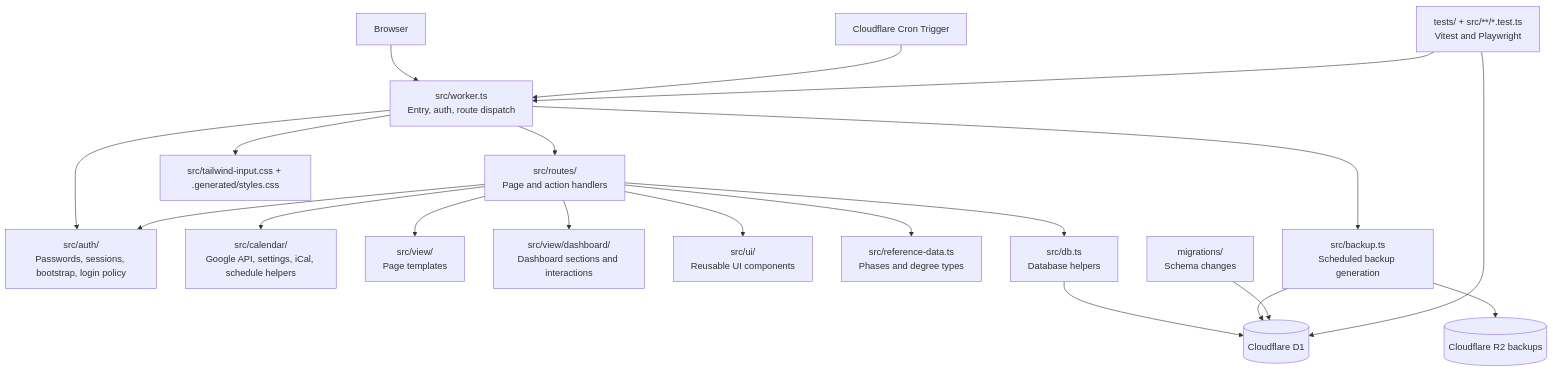
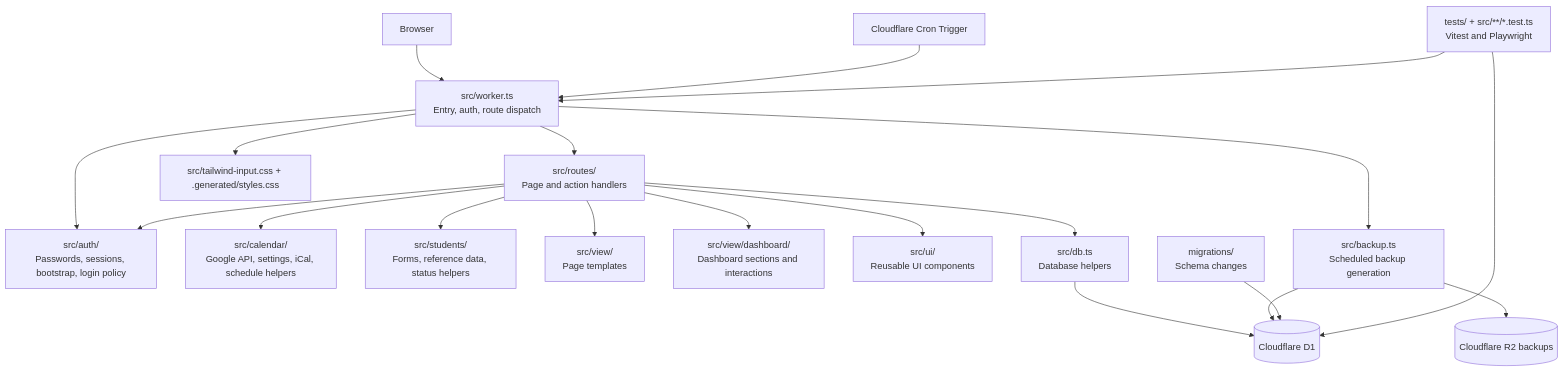
Before and after one commit to bebraw/thesis-journey-tracker: the diagram in docs/project-structure.md, drawn with Mermaid. The commit also changed other lines of this file and 16 other files, not shown here.

````diff
--- a/docs/project-structure.md
+++ b/docs/project-structure.md
@@ -34,40 +34,40 @@
 ```mermaid
 graph TD
     Browser[Browser]
     Worker[src/worker.ts<br/>Entry, auth, route dispatch]
     Routes[src/routes/<br/>Page and action handlers]
     Auth[src/auth/<br/>Passwords, sessions, bootstrap, login policy]
     Calendar[src/calendar/<br/>Google API, settings, iCal, schedule helpers]
+    Students[src/students/<br/>Forms, reference data, status helpers]
     Views[src/view/<br/>Page templates]
     Dashboard[src/view/dashboard/<br/>Dashboard sections and interactions]
     UI[src/ui/<br/>Reusable UI components]
-    Reference[src/reference-data.ts<br/>Phases and degree types]
     DB[src/db.ts<br/>Database helpers]
     Backup[src/backup.ts<br/>Scheduled backup generation]
     D1[(Cloudflare D1)]
     R2[(Cloudflare R2 backups)]
     Migrations[migrations/<br/>Schema changes]
     Tests[tests/ + src/**/*.test.ts<br/>Vitest and Playwright]
     CSS[src/tailwind-input.css + .generated/styles.css]
     Cron[Cloudflare Cron Trigger]
 
     Browser --> Worker
     Worker --> Routes
     Worker --> Auth
     Routes --> Views
     Routes --> Dashboard
     Routes --> UI
-    Routes --> Reference
     Routes --> DB
     Routes --> Auth
     Routes --> Calendar
+    Routes --> Students
     Worker --> Backup
     Worker --> CSS
     DB --> D1
     Cron --> Worker
     Backup --> D1
     Backup --> R2
     Migrations --> D1
     Tests --> Worker
     Tests --> D1
 ```
````
